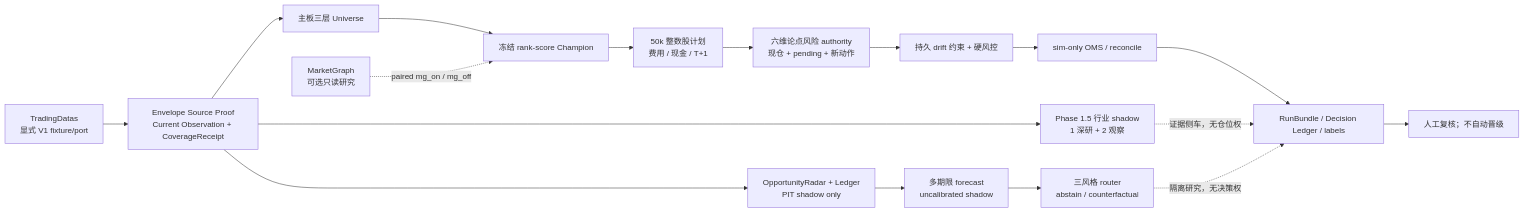
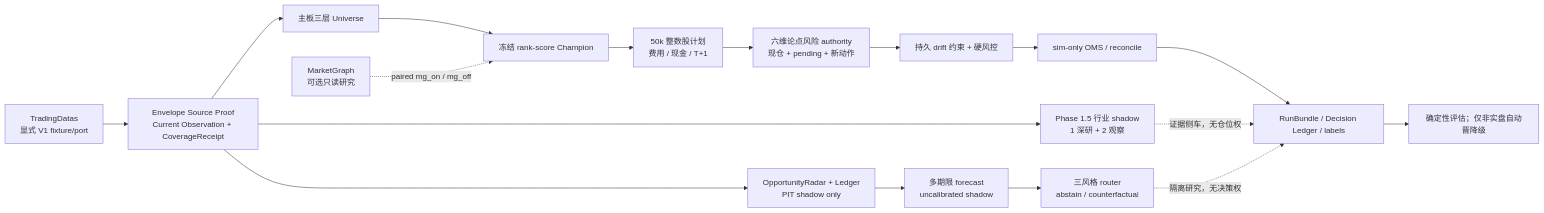
The diagram in README.md (NicholasHan1226/Tradingagent.cc), drawn with Mermaid before and after one commit. The commit also changed other lines of this file and 7 other files, not shown here.

````diff
--- a/README.md
+++ b/README.md
@@ -27,19 +27,19 @@
 ```mermaid
 flowchart LR
     TD["TradingDatas\n显式 V1 fixture/port"] --> C["Envelope Source Proof\nCurrent Observation + CoverageReceipt"]
     C --> U["主板三层 Universe"]
     C --> I["Phase 1.5 行业 shadow\n1 深研 + 2 观察"]
     C --> O["OpportunityRadar + Ledger\nPIT shadow only"]
     O --> F["多期限 forecast\nuncalibrated shadow"]
     F --> R["三风格 router\nabstain / counterfactual"]
     U --> CH["冻结 rank-score Champion"]
     MG["MarketGraph\n可选只读研究"] -. "paired mg_on / mg_off" .-> CH
     CH --> P["50k 整数股计划\n费用 / 现金 / T+1"]
     P --> T["六维论点风险 authority\n现仓 + pending + 新动作"]
     T --> D["持久 drift 约束 + 硬风控"]
     D --> A["sim-only OMS / reconcile"]
     A --> J["RunBundle / Decision Ledger / labels"]
     I -. "证据侧车，无仓位权" .-> J
     R -. "隔离研究，无决策权" .-> J
-    J --> M["人工复核；不自动晋级"]
+    J --> M["确定性评估；仅非实盘自动晋降级"]
 ```
````
